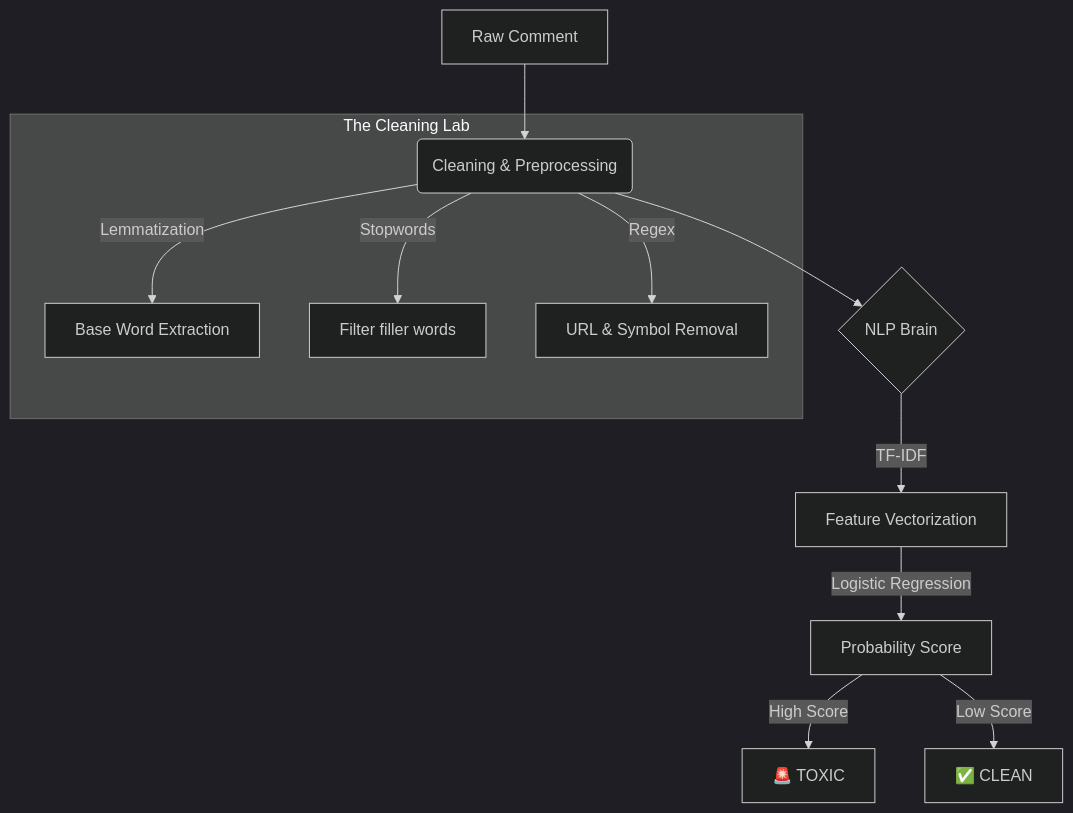
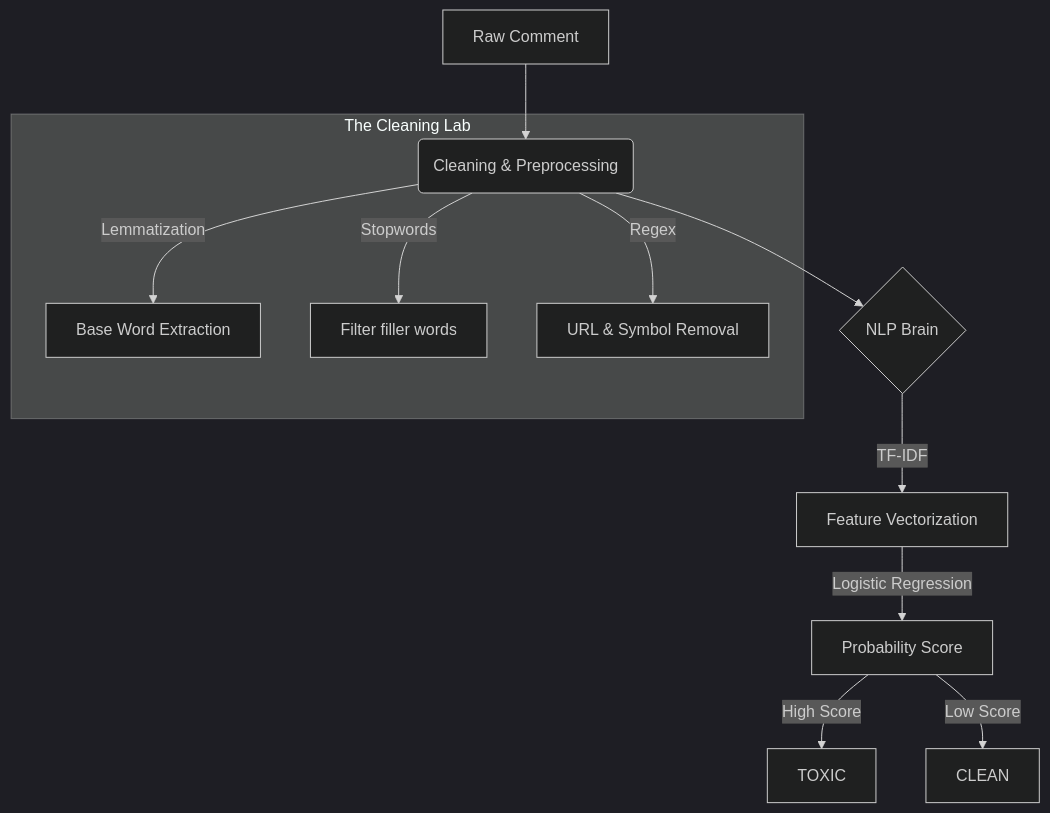
The diagram in README.md (Akkii88/Youtube-Comment-Toxicity-Detector), drawn with Mermaid (dark theme) before and after one commit. The commit also changed other lines of this file, not shown here.

````diff
--- a/README.md
+++ b/README.md
@@ -21,17 +21,17 @@
 ```mermaid
 graph TD
     A[Raw Comment] --> B(Cleaning & Preprocessing)
     B --> C{NLP Brain}
     
     subgraph "The Cleaning Lab"
     B -->|Lemmatization| B1[Base Word Extraction]
     B -->|Stopwords| B2[Filter filler words]
     B -->|Regex| B3[URL & Symbol Removal]
     end
     
     C -->|TF-IDF| D[Feature Vectorization]
     D -->|Logistic Regression| E[Probability Score]
     
-    E -->|High Score| F[🚨 TOXIC]
-    E -->|Low Score| G[✅ CLEAN]
+    E -->|High Score| F[TOXIC]
+    E -->|Low Score| G[CLEAN]
 ```
````
